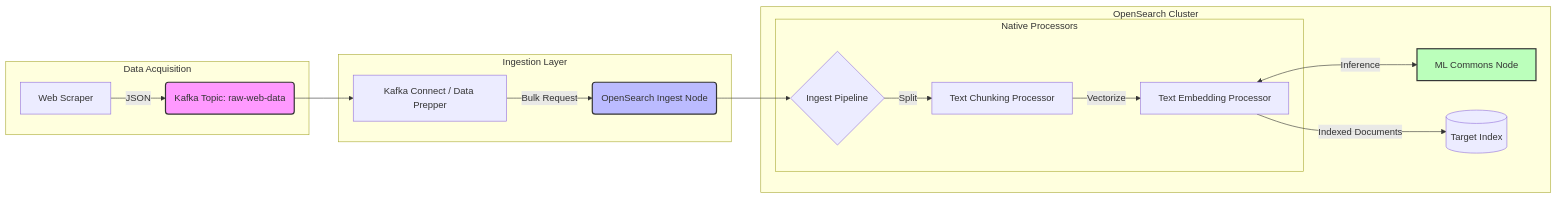
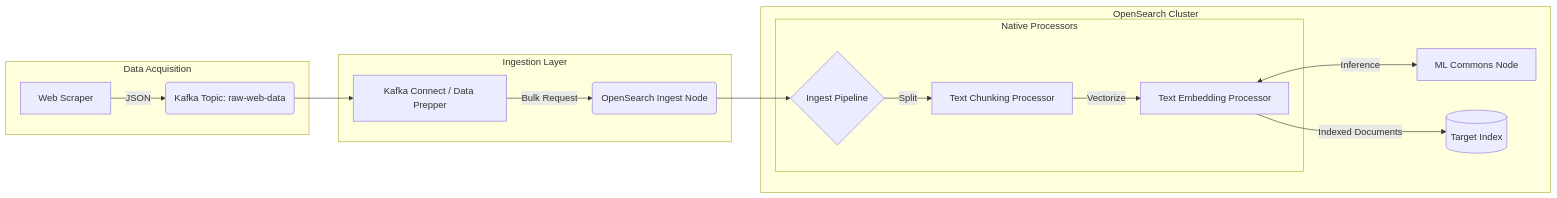
Before and after one commit to RobertGrancsa/End-to-End-Data-Pipeline-for-Semantic-Search: the diagram in README.md, drawn with Mermaid.

Commit message:
Readme update

````diff
--- a/README.md
+++ b/README.md
@@ -38,27 +38,23 @@
 ```mermaid
 graph LR
     subgraph "Data Acquisition"
         A[Web Scraper] -->|JSON| B(Kafka Topic: raw-web-data)
     end
 
     subgraph "Ingestion Layer"
         B --> C[Kafka Connect / Data Prepper]
         C -->|Bulk Request| D(OpenSearch Ingest Node)
     end
 
     subgraph "OpenSearch Cluster"
         D --> P{Ingest Pipeline}
         
         subgraph "Native Processors"
             P -->|Split| E[Text Chunking Processor]
             E -->|Vectorize| F[Text Embedding Processor]
         end
 
         F <-->|Inference| G[ML Commons Node]
         F -->|Indexed Documents| H[(Target Index)]
     end
-
-    style B fill:#f9f,stroke:#333,stroke-width:2px
-    style D fill:#bbf,stroke:#333,stroke-width:2px
-    style G fill:#bfb,stroke:#333,stroke-width:2px
 ```
````
